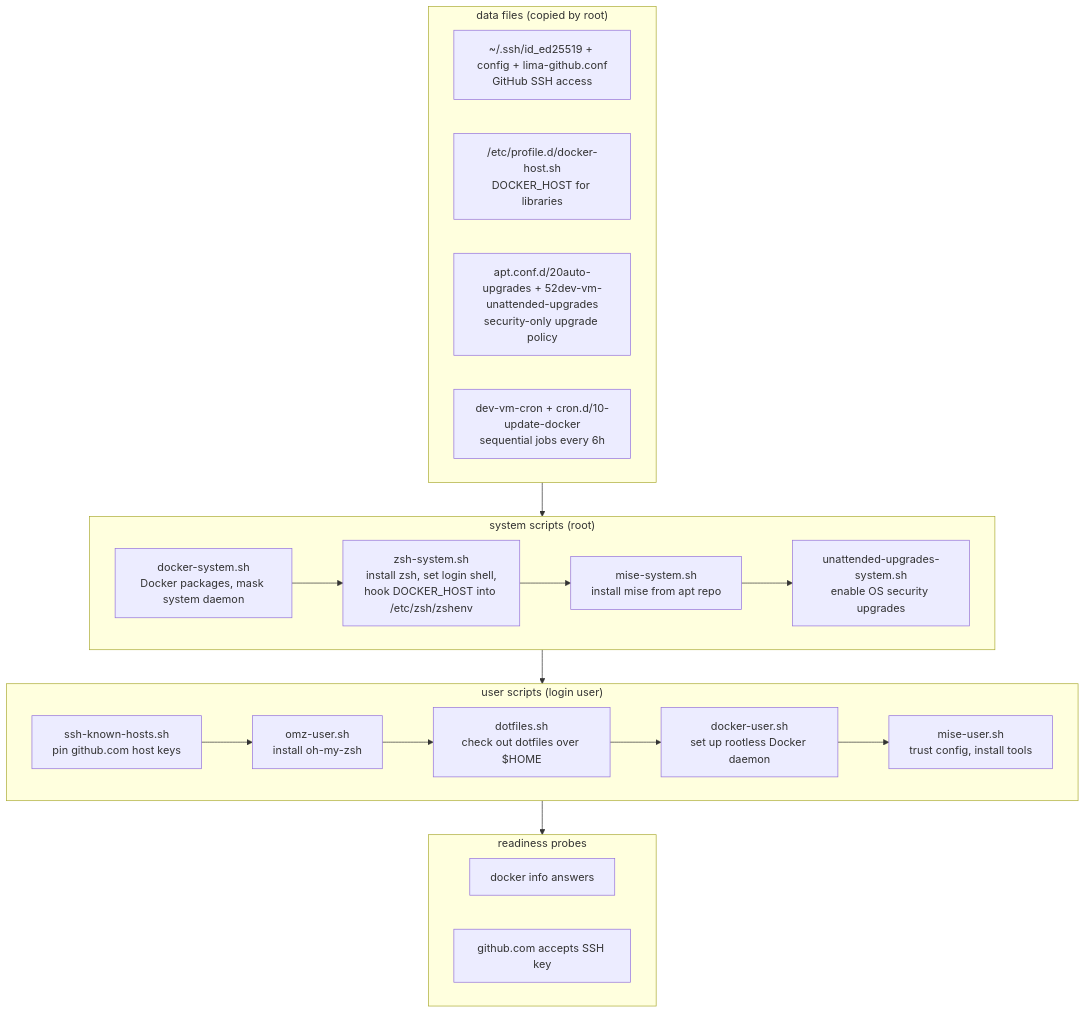
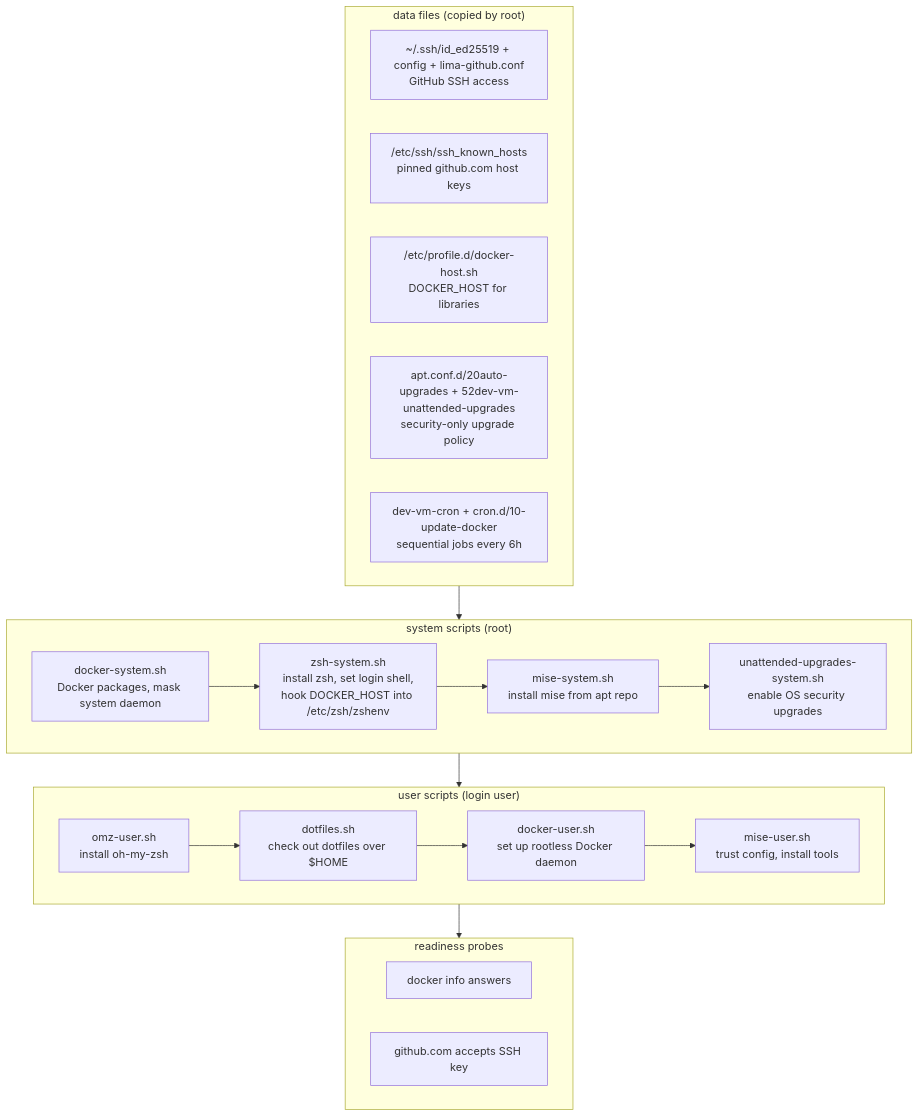
The diagram in README.md (robsonpeixoto/dev-vm), drawn with Mermaid before and after one commit. The commit also changed other lines of this file and 1 other file, not shown here.

First line of the commit message:
docs: document the pinned github.com host keys and their rotation

````diff
--- a/README.md
+++ b/README.md
@@ -296,35 +327,35 @@
 ```mermaid
 flowchart TD
     subgraph data["data files (copied by root)"]
         d1["~/.ssh/id_ed25519 + config + lima-github.conf<br>GitHub SSH access"]
+        d5["/etc/ssh/ssh_known_hosts<br>pinned github.com host keys"]
         d2["/etc/profile.d/docker-host.sh<br>DOCKER_HOST for libraries"]
         d3["apt.conf.d/20auto-upgrades + 52dev-vm-unattended-upgrades<br>security-only upgrade policy"]
         d4["dev-vm-cron + cron.d/10-update-docker<br>sequential jobs every 6h"]
     end
 
     subgraph system["system scripts (root)"]
         s1["docker-system.sh<br>Docker packages, mask system daemon"]
         s2["zsh-system.sh<br>install zsh, set login shell,<br>hook DOCKER_HOST into /etc/zsh/zshenv"]
         s3["mise-system.sh<br>install mise from apt repo"]
         s4["unattended-upgrades-system.sh<br>enable OS security upgrades"]
     end
 
     subgraph user["user scripts (login user)"]
-        u1["ssh-known-hosts.sh<br>pin github.com host keys"]
         u2["omz-user.sh<br>install oh-my-zsh"]
         u3["dotfiles.sh<br>check out dotfiles over $HOME"]
         u4["docker-user.sh<br>set up rootless Docker daemon"]
         u5["mise-user.sh<br>trust config, install tools"]
     end
 
     subgraph probes["readiness probes"]
         p1["docker info answers"]
         p2["github.com accepts SSH key"]
     end
 
     data --> system
     s1 --> s2 --> s3 --> s4
     system --> user
-    u1 --> u2 --> u3 --> u4 --> u5
+    u2 --> u3 --> u4 --> u5
     user --> probes
 ```
````
